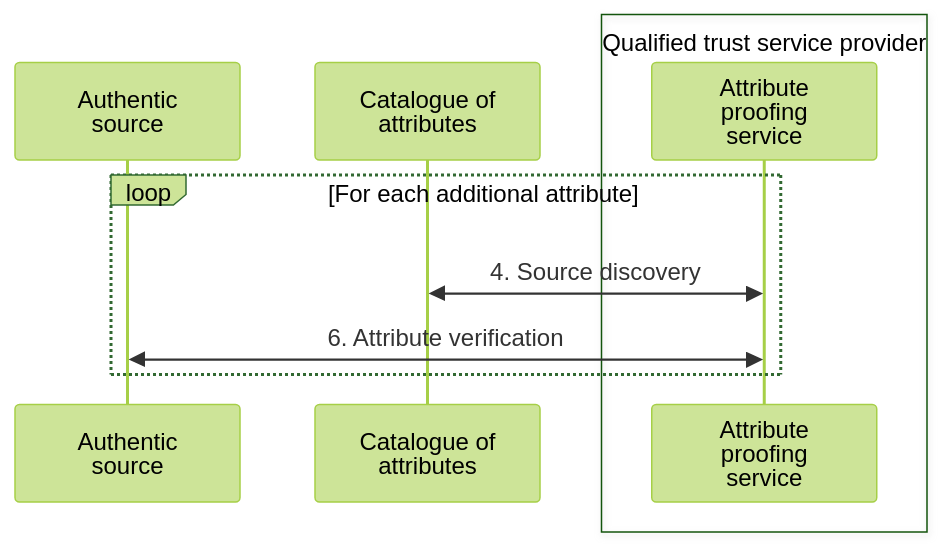
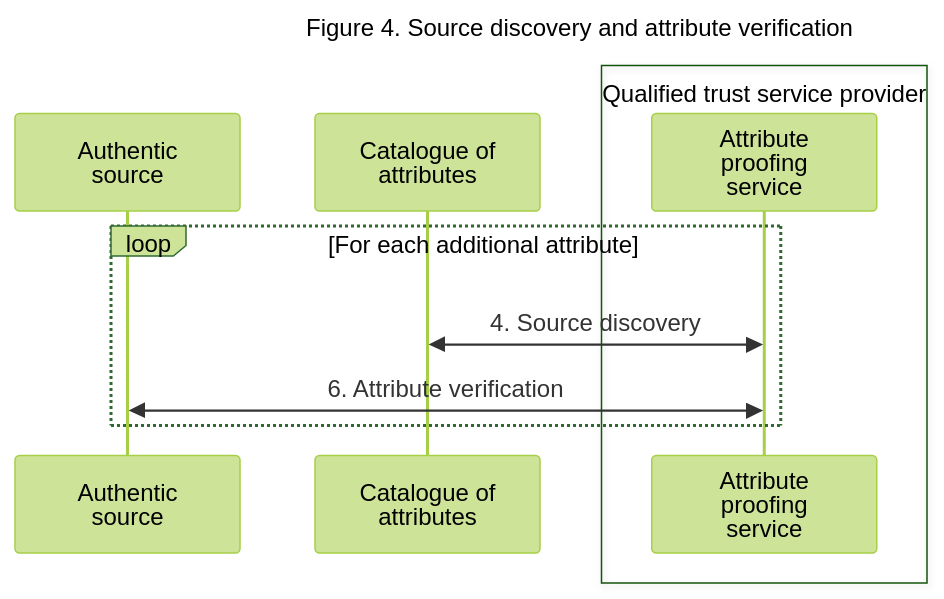
Before and after one commit to webuild-consortium/wp4-qtsp-group: the fourth of 4 diagrams in docs/qeaa/architecture.md, drawn with Mermaid (forest theme). The commit also changed other lines of this file, not shown here.

````diff
--- a/docs/qeaa/architecture.md
+++ b/docs/qeaa/architecture.md
@@ -182,12 +191,15 @@
 ```mermaid
+---
+title: Figure 4. Source discovery and attribute verification
+---
 sequenceDiagram
 participant AS as Authentic<br>source
 participant CatAtt as Catalogue of<br>attributes
 box Qualified trust service provider
     participant APS as Attribute<br>proofing<br>service
 end
 loop For each additional attribute
     APS <<->> CatAtt : 4. Source discovery
     APS <<->> AS : 6. Attribute verification
 end
 ```
````
